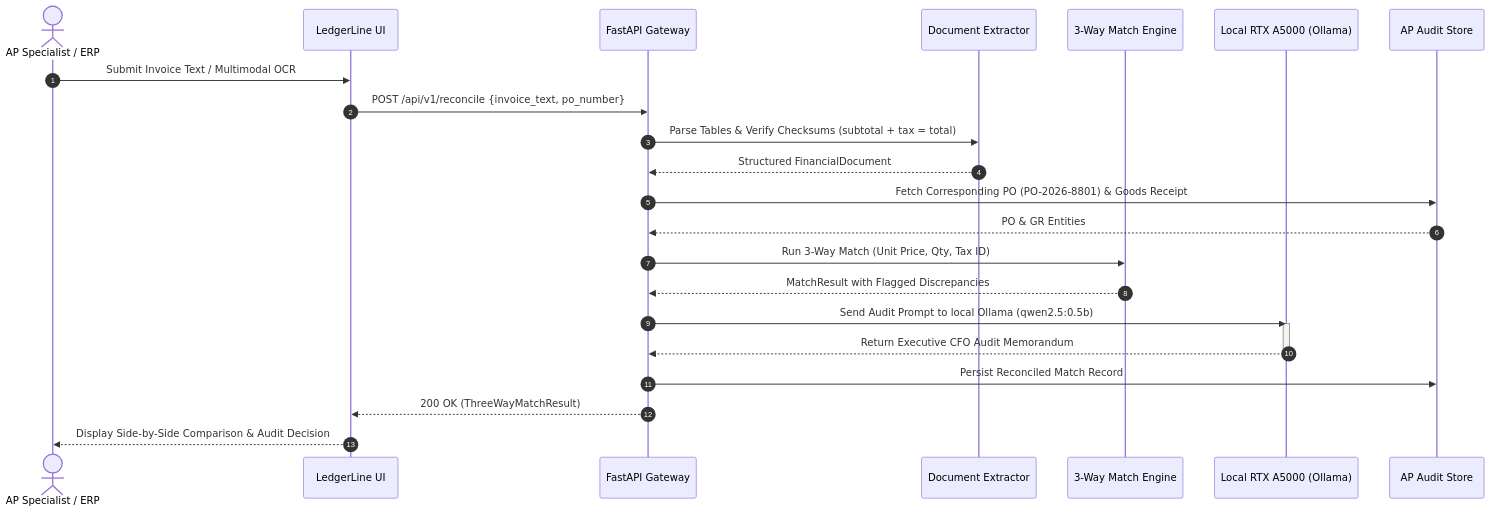
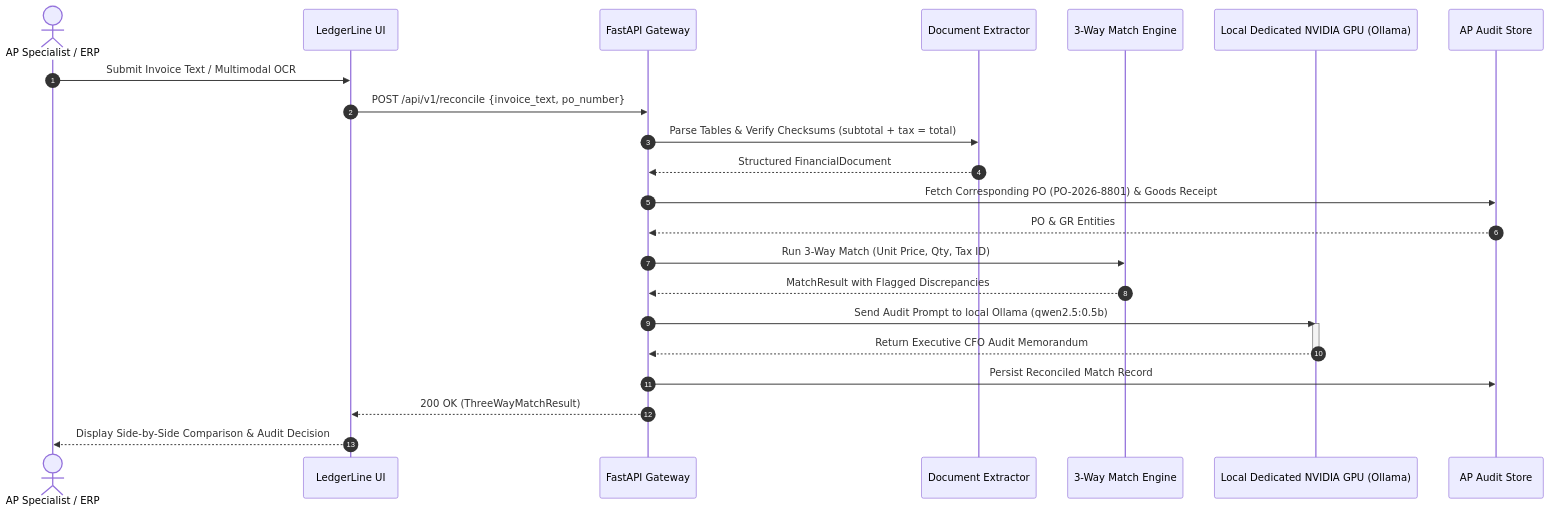
The second of 2 diagrams in docs/architecture.md (Kyrollo/ledgerline), drawn with Mermaid before and after one commit. The commit also changed other lines of this file and 9 other files, not shown here.

````diff
--- a/docs/architecture.md
+++ b/docs/architecture.md
@@ -47,27 +47,27 @@
 ```mermaid
 sequenceDiagram
     autonumber
     actor AP as AP Specialist / ERP
     participant UI as LedgerLine UI
     participant API as FastAPI Gateway
     participant Extractor as Document Extractor
     participant Engine as 3-Way Match Engine
-    participant GPU as Local RTX A5000 (Ollama)
+    participant GPU as Local Dedicated NVIDIA GPU (Ollama)
     participant Store as AP Audit Store
 
     AP->>UI: Submit Invoice Text / Multimodal OCR
     UI->>API: POST /api/v1/reconcile {invoice_text, po_number}
     API->>Extractor: Parse Tables & Verify Checksums (subtotal + tax = total)
     Extractor-->>API: Structured FinancialDocument
     API->>Store: Fetch Corresponding PO (PO-2026-8801) & Goods Receipt
     Store-->>API: PO & GR Entities
     API->>Engine: Run 3-Way Match (Unit Price, Qty, Tax ID)
     Engine-->>API: MatchResult with Flagged Discrepancies
     API->>GPU: Send Audit Prompt to local Ollama (qwen2.5:0.5b)
     activate GPU
     GPU-->>API: Return Executive CFO Audit Memorandum
     deactivate GPU
     API->>Store: Persist Reconciled Match Record
     API-->>UI: 200 OK (ThreeWayMatchResult)
     UI-->>AP: Display Side-by-Side Comparison & Audit Decision
 ```
````
